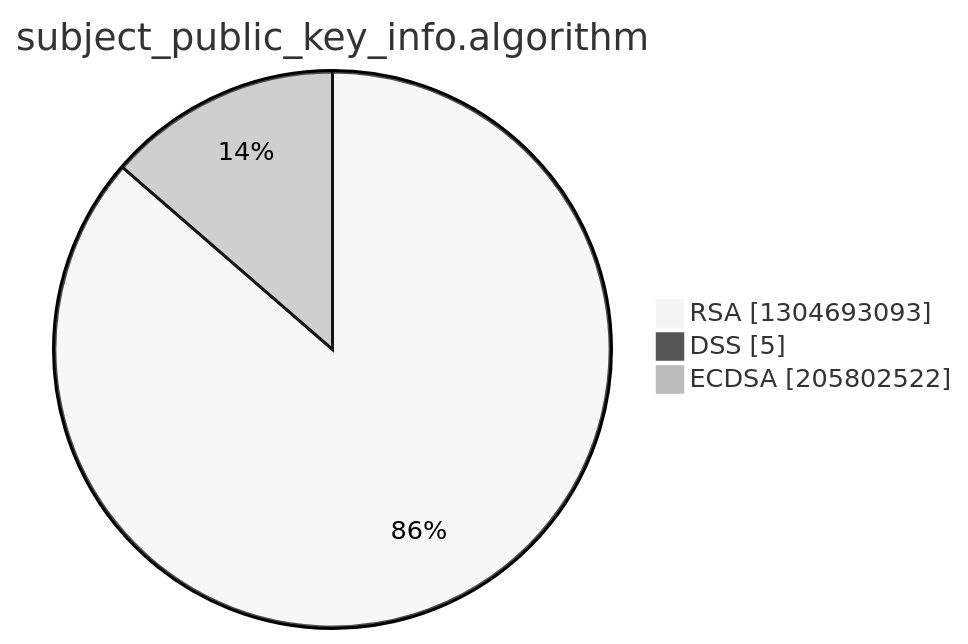
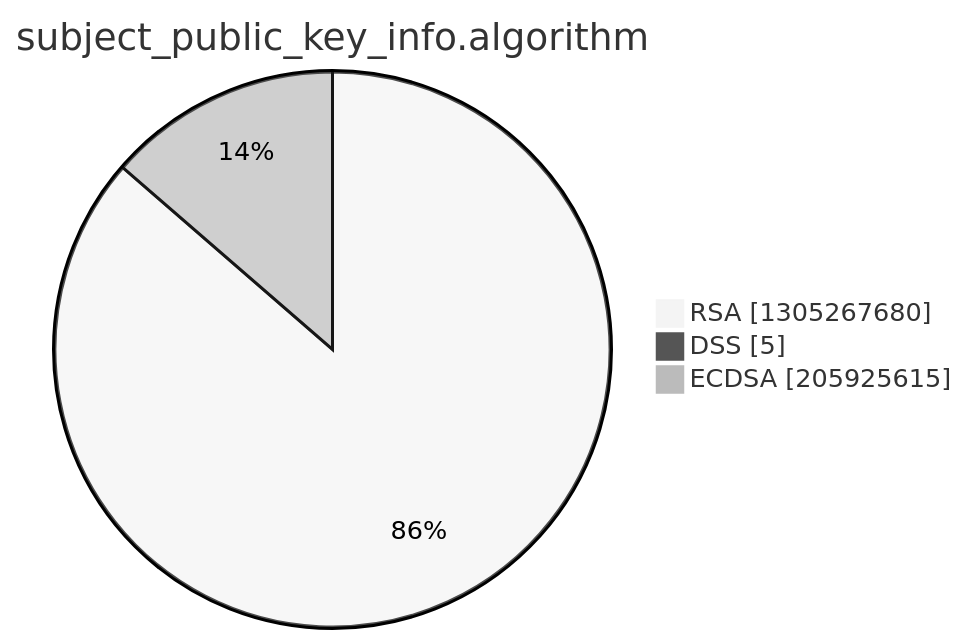
Before and after one commit to christiankrug/ctmonitor_visualization: the third of 15 diagrams in argon2022/README.md, drawn with Mermaid (neutral theme). The commit also changed other lines of this file, not shown here.

````diff
--- a/argon2022/README.md
+++ b/argon2022/README.md
@@ -14,7 +14,7 @@
 ```mermaid
 pie showData
 title subject_public_key_info.algorithm
-"RSA" :1304693093
+"RSA" :1305267680
 "DSS" :5
-"ECDSA" :205802522
+"ECDSA" :205925615
 ```
````
